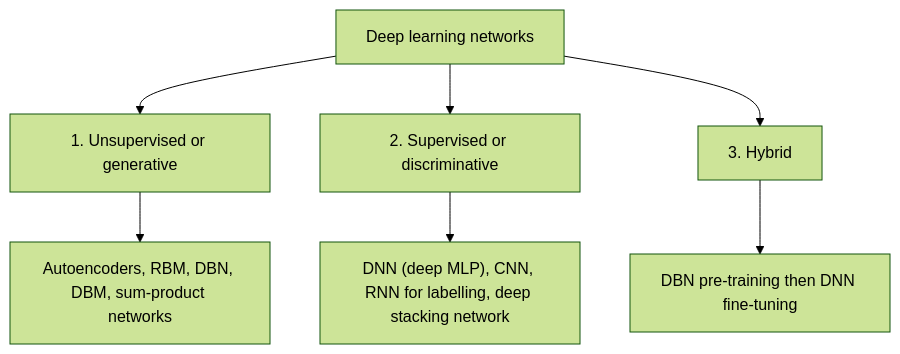
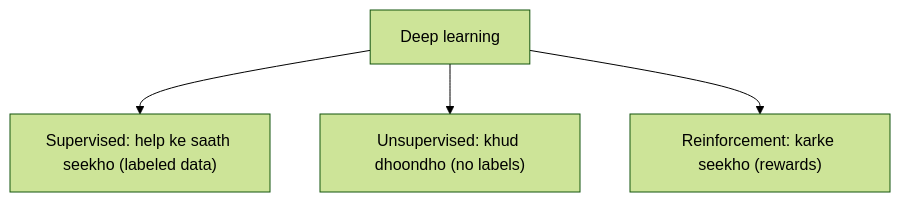
The first of 3 diagrams in content/deep-learning/notes/three-classes.hi.mdx (TrendySloth1001/sem-seven-notes), drawn with Mermaid (forest theme) before and after one commit. The commit also changed other lines of this file and 168 other files, not shown here.

````diff
--- a/content/deep-learning/notes/three-classes.hi.mdx
+++ b/content/deep-learning/notes/three-classes.hi.mdx
@@ -59,10 +21,7 @@
 ```mermaid
-%% caption: Deep networks ki three-way classification (Deng aur Yu, Ch. 3), har class ke typical examples ke saath.
+%% caption: Deep learning ki teen classes aur har ek ka one-line idea.
 flowchart TD
-  DL["Deep learning networks"] --> G["1. Unsupervised or generative"]
-  DL --> S["2. Supervised or discriminative"]
-  DL --> H["3. Hybrid"]
-  G --> G1["Autoencoders, RBM, DBN, DBM, sum-product networks"]
-  S --> S1["DNN (deep MLP), CNN, RNN for labelling, deep stacking network"]
-  H --> H1["DBN pre-training then DNN fine-tuning"]
+  A["Deep learning"] --> B["Supervised: help ke saath seekho (labeled data)"]
+  A --> C["Unsupervised: khud dhoondho (no labels)"]
+  A --> D["Reinforcement: karke seekho (rewards)"]
 ```
````
